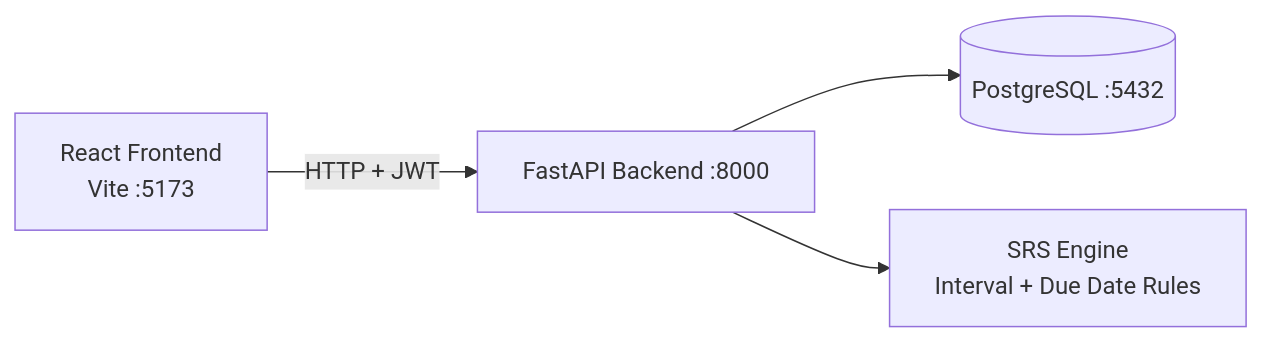
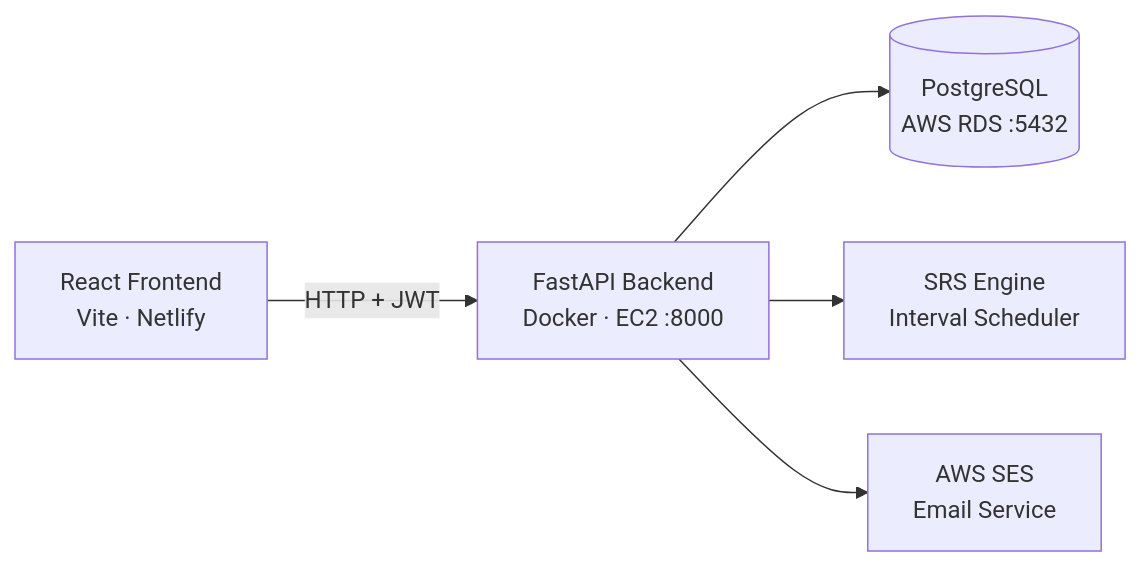
Before and after one commit to SaiForge/mini-anki: the first of 2 diagrams in README.md, drawn with Mermaid. The commit also changed other lines of this file and 7 other files, not shown here.

````diff
--- a/README.md
+++ b/README.md
@@ -28,6 +41,7 @@
 ```mermaid
 flowchart LR
-	A[React Frontend<br/>Vite :5173] -->|HTTP + JWT| B[FastAPI Backend :8000]
-	B --> C[(PostgreSQL :5432)]
-	B --> D[SRS Engine<br/>Interval + Due Date Rules]
+	A[React Frontend<br/>Vite · Netlify] -->|HTTP + JWT| B[FastAPI Backend<br/>Docker · EC2 :8000]
+	B --> C[(PostgreSQL<br/>AWS RDS :5432)]
+	B --> D[SRS Engine<br/>Interval Scheduler]
+	B --> E[AWS SES<br/>Email Service]
 ```
````
